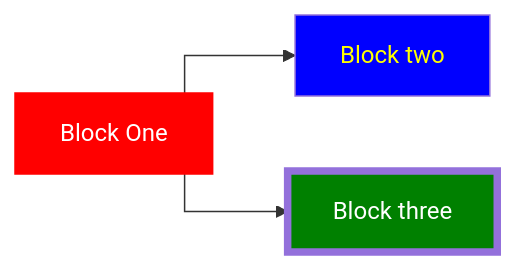
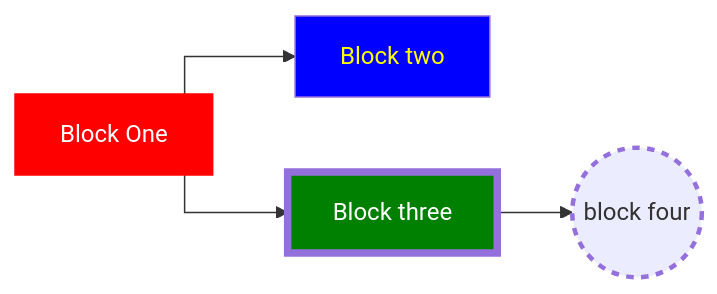
The diagram in README.md (stephening/testmermaid), drawn with Mermaid before and after one commit.

````diff
--- a/README.md
+++ b/README.md
@@ -4,9 +4,11 @@
 ```mermaid
 %%{ init: { 'flowchart': { 'curve': 'stepBefore' } } }%%
 graph LR
 b1[Block One]-->b2[Block two]
 style b1 fill:red,stroke:red,shadow:shadow,color:white
 style b2 fill:blue,color:yellow
 b1-->b3[Block three]
 style b3 fill:green,color:white,stroke-width:5px
+b3-->b4((block four))
+style b4 stroke-width:3,stroke-dasharray:5 5
 ```
````
